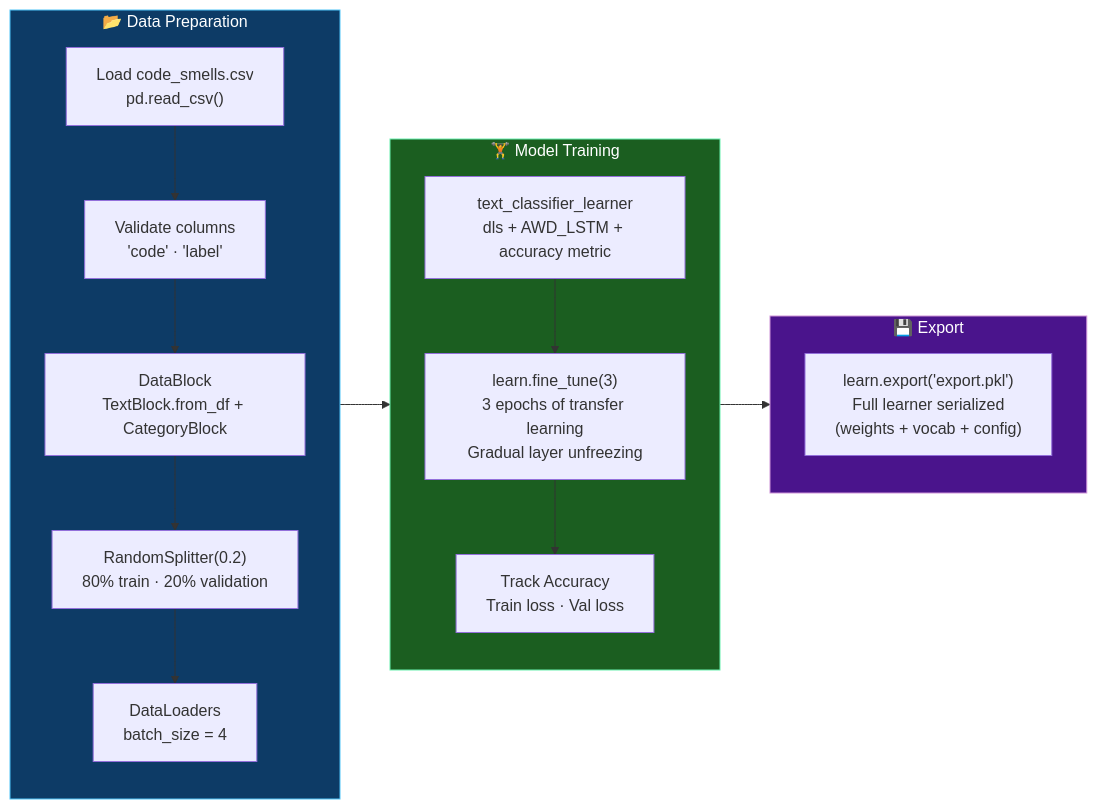
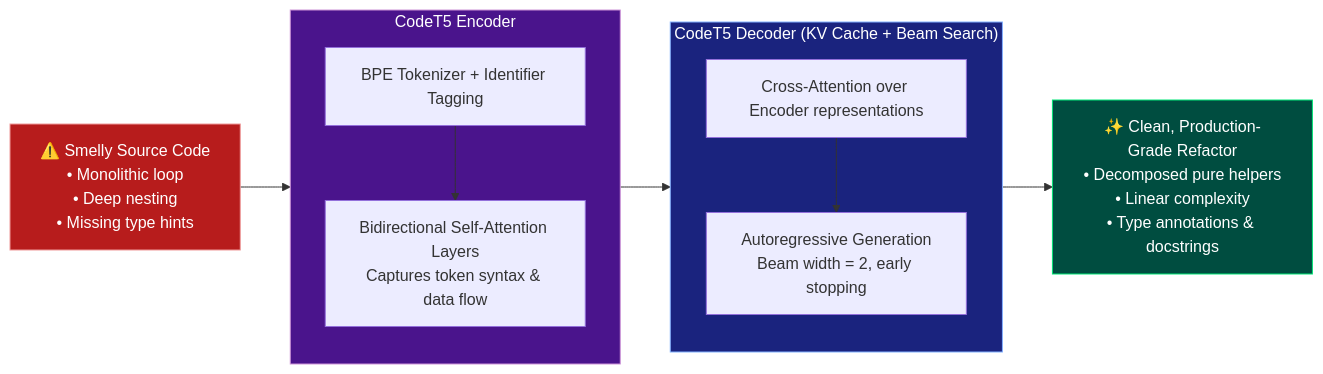
One commit to wraith-klu/RigelAI changed the third of 4 diagrams in README.md. Above: the diagram before and after it, drawn with Mermaid. The commit also changed other lines of this file and 7 other files, not shown here.

Commit message:
Docs: comprehensive README overhaul with ML pipeline deep-dive, SOTA benchmark analysis, Colab training graphics, and MoS diagrams

````diff
--- a/README.md
+++ b/README.md
@@ -295,28 +259,25 @@
 ```mermaid
 flowchart LR
-    subgraph DATA["📂 Data Preparation"]
-        D1["Load code_smells.csv\npd.read_csv()"]
-        D2["Validate columns\n'code' · 'label'"]
-        D3["DataBlock\nTextBlock.from_df + CategoryBlock"]
-        D4["RandomSplitter(0.2)\n80% train · 20% validation"]
-        D5["DataLoaders\nbatch_size = 4"]
-        D1 --> D2 --> D3 --> D4 --> D5
+    BUGGY["⚠️ Smelly Source Code\n• Monolithic loop\n• Deep nesting\n• Missing type hints"]
+
+    subgraph ENCODER["CodeT5 Encoder"]
+        E_TOK["BPE Tokenizer + Identifier Tagging"]
+        E_ATTN["Bidirectional Self-Attention Layers\nCaptures token syntax & data flow"]
+        E_TOK --> E_ATTN
     end
 
-    subgraph TRAIN["🏋️ Model Training"]
-        T1["text_classifier_learner\ndls + AWD_LSTM + accuracy metric"]
-        T2["learn.fine_tune(3)\n3 epochs of transfer learning\nGradual layer unfreezing"]
-        T3["Track Accuracy\nTrain loss · Val loss"]
-        T1 --> T2 --> T3
+    subgraph DECODER["CodeT5 Decoder (KV Cache + Beam Search)"]
+        D_CROSS["Cross-Attention over Encoder representations"]
+        D_AUTOREG["Autoregressive Generation\nBeam width = 2, early stopping"]
+        D_CROSS --> D_AUTOREG
     end
 
-    subgraph SAVE["💾 Export"]
-        S1["learn.export('export.pkl')\nFull learner serialized\n(weights + vocab + config)"]
-    end
+    REFACTORED["✨ Clean, Production-Grade Refactor\n• Decomposed pure helpers\n• Linear complexity\n• Type annotations & docstrings"]
 
-    DATA --> TRAIN --> SAVE
+    BUGGY --> ENCODER --> DECODER --> REFACTORED
 
-    style DATA fill:#0d3b66,color:#fff,stroke:#4fc3f7
-    style TRAIN fill:#1b5e20,color:#fff,stroke:#69f0ae
-    style SAVE fill:#4a148c,color:#fff,stroke:#ce93d8
+    style ENCODER fill:#4a148c,color:#fff,stroke:#ce93d8
+    style DECODER fill:#1a237e,color:#fff,stroke:#82b1ff
+    style BUGGY fill:#b71c1c,color:#fff,stroke:#ef9a9a
+    style REFACTORED fill:#004d40,color:#fff,stroke:#00e676
 ```
````
